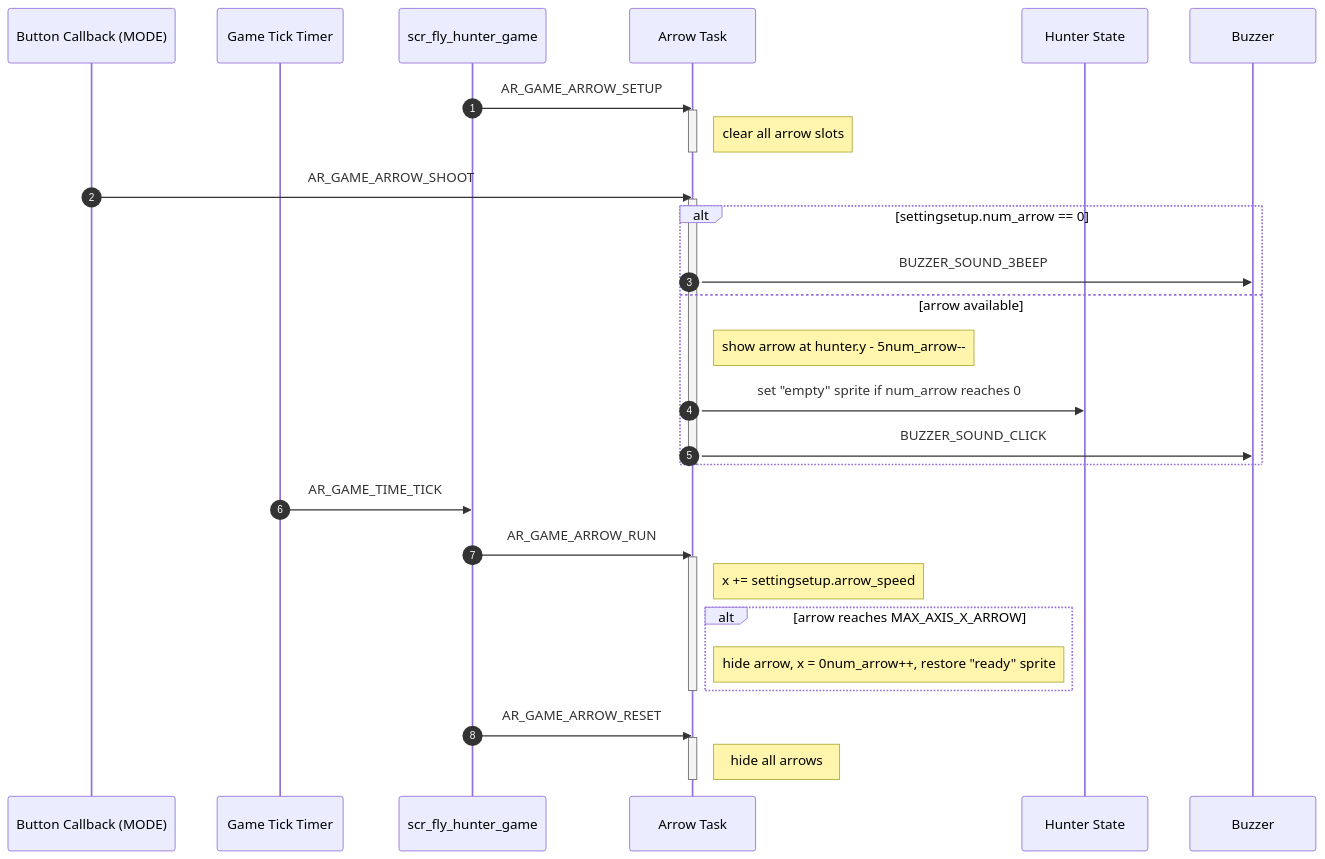
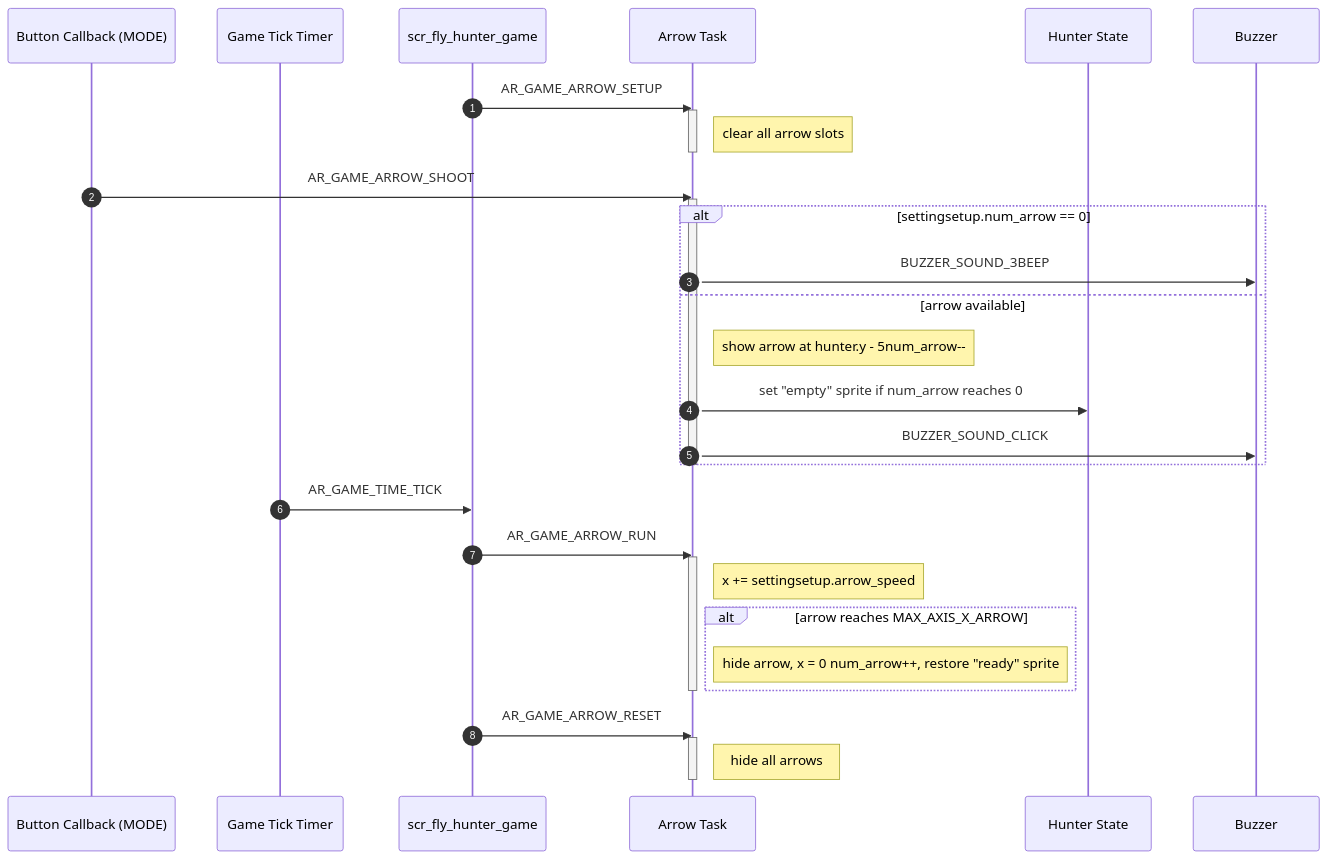
Before and after one commit to PhanVanTranh/Fly_Hunter_Game: the second of 8 diagrams in docs/03-design-sequence-object.md, drawn with Mermaid. The commit also changed other lines of this file, not shown here.

Commit message:
Fix formatting and spacing in design sequence document

````diff
--- a/docs/03-design-sequence-object.md
+++ b/docs/03-design-sequence-object.md
@@ -63,40 +63,40 @@
 ```mermaid
 sequenceDiagram
     autonumber
     participant Button as Button Callback (MODE)
     participant Timer as Game Tick Timer
     participant Screen as scr_fly_hunter_game
     participant Arrow as Arrow Task
     participant Hunter as Hunter State
     participant Buzzer as Buzzer
 
     Screen->>Arrow: AR_GAME_ARROW_SETUP
     activate Arrow
     Note right of Arrow: clear all arrow slots
     deactivate Arrow
 
     Button->>Arrow: AR_GAME_ARROW_SHOOT
     activate Arrow
     alt settingsetup.num_arrow == 0
         Arrow->>Buzzer: BUZZER_SOUND_3BEEP
     else arrow available
         Note right of Arrow: show arrow at hunter.y - 5num_arrow--
         Arrow->>Hunter: set "empty" sprite if num_arrow reaches 0
         Arrow->>Buzzer: BUZZER_SOUND_CLICK
     end
     deactivate Arrow
 
     Timer->>Screen: AR_GAME_TIME_TICK
     Screen->>Arrow: AR_GAME_ARROW_RUN
     activate Arrow
     Note right of Arrow: x += settingsetup.arrow_speed
     alt arrow reaches MAX_AXIS_X_ARROW
-        Note right of Arrow: hide arrow, x = 0num_arrow++, restore "ready" sprite
+        Note right of Arrow: hide arrow, x = 0 num_arrow++, restore "ready" sprite
     end
     deactivate Arrow
 
     Screen->>Arrow: AR_GAME_ARROW_RESET
     activate Arrow
     Note right of Arrow: hide all arrows
     deactivate Arrow
 ```
````
